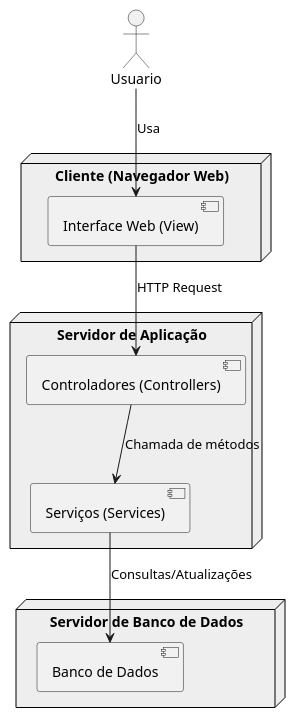
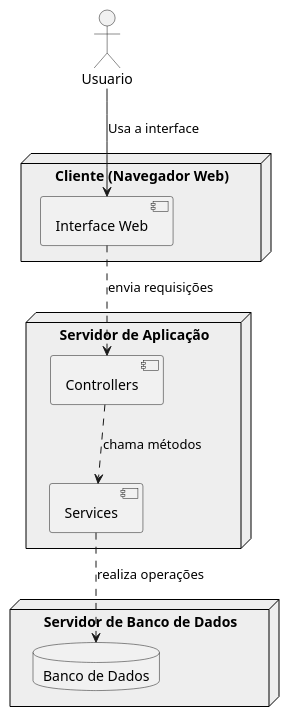
One commit to hegdt/lds-3 changed the diagram in project/code/deploy.puml. Above: the diagram before and after it, drawn with PlantUML. The commit also changed 5 other files, not shown here.

Commit message:
update diagramas

```diff
--- a/project/code/deploy.puml
+++ b/project/code/deploy.puml
@@ -1,28 +1,28 @@
 @startuml
 skinparam node {
   BackgroundColor #EEEEEE
   BorderColor Black
 }
 
 actor Usuario
 
 node "Cliente (Navegador Web)" {
-  [Interface Web (View)]
+  component "Interface Web" as WebUI
 }
 
 node "Servidor de Aplicação" {
-  [Controladores (Controllers)]
-  [Serviços (Services)]
+  component "Controllers" as AppController
+  component "Services" as AppService
 }
 
 node "Servidor de Banco de Dados" {
-  [Banco de Dados]
+  database "Banco de Dados" as DB
 }
 
-Usuario --> [Interface Web (View)] : Usa
+Usuario --> WebUI : Usa a interface
 
-[Interface Web (View)] --> [Controladores (Controllers)] : HTTP Request
-[Controladores (Controllers)] --> [Serviços (Services)] : Chamada de métodos
-[Serviços (Services)] --> [Banco de Dados] : Consultas/Atualizações
+WebUI ..> AppController : envia requisições
+AppController ..> AppService : chama métodos
+AppService ..> DB : realiza operações
 
 @enduml
```
